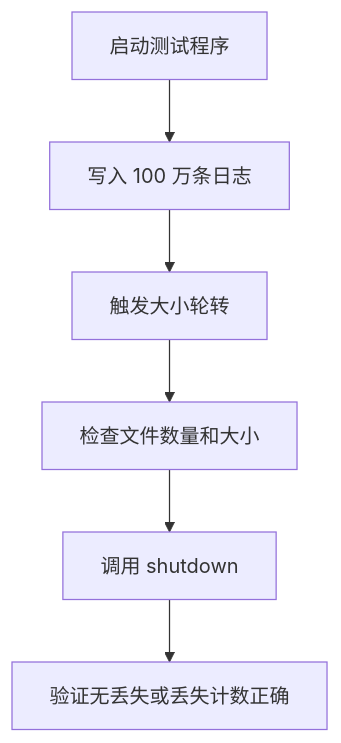
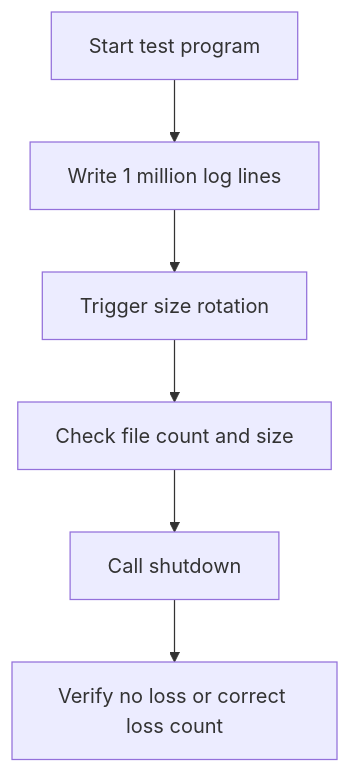
One commit to HuangX666/hx_clog changed diagram 11 of 12 in README.md. Above: the diagram before and after it, drawn with Mermaid. The commit also changed other lines of this file and 9 other files, not shown here.

````diff
--- a/README.md
+++ b/README.md
@@ -1364,8 +1355,8 @@
 ```mermaid
 flowchart TD
-    A["启动测试程序"] --> B["写入 100 万条日志"]
-    B --> C["触发大小轮转"]
-    C --> D["检查文件数量和大小"]
-    D --> E["调用 shutdown"]
-    E --> F["验证无丢失或丢失计数正确"]
+    A["Start test program"] --> B["Write 1 million log lines"]
+    B --> C["Trigger size rotation"]
+    C --> D["Check file count and size"]
+    D --> E["Call shutdown"]
+    E --> F["Verify no loss or correct loss count"]
 ```
````
